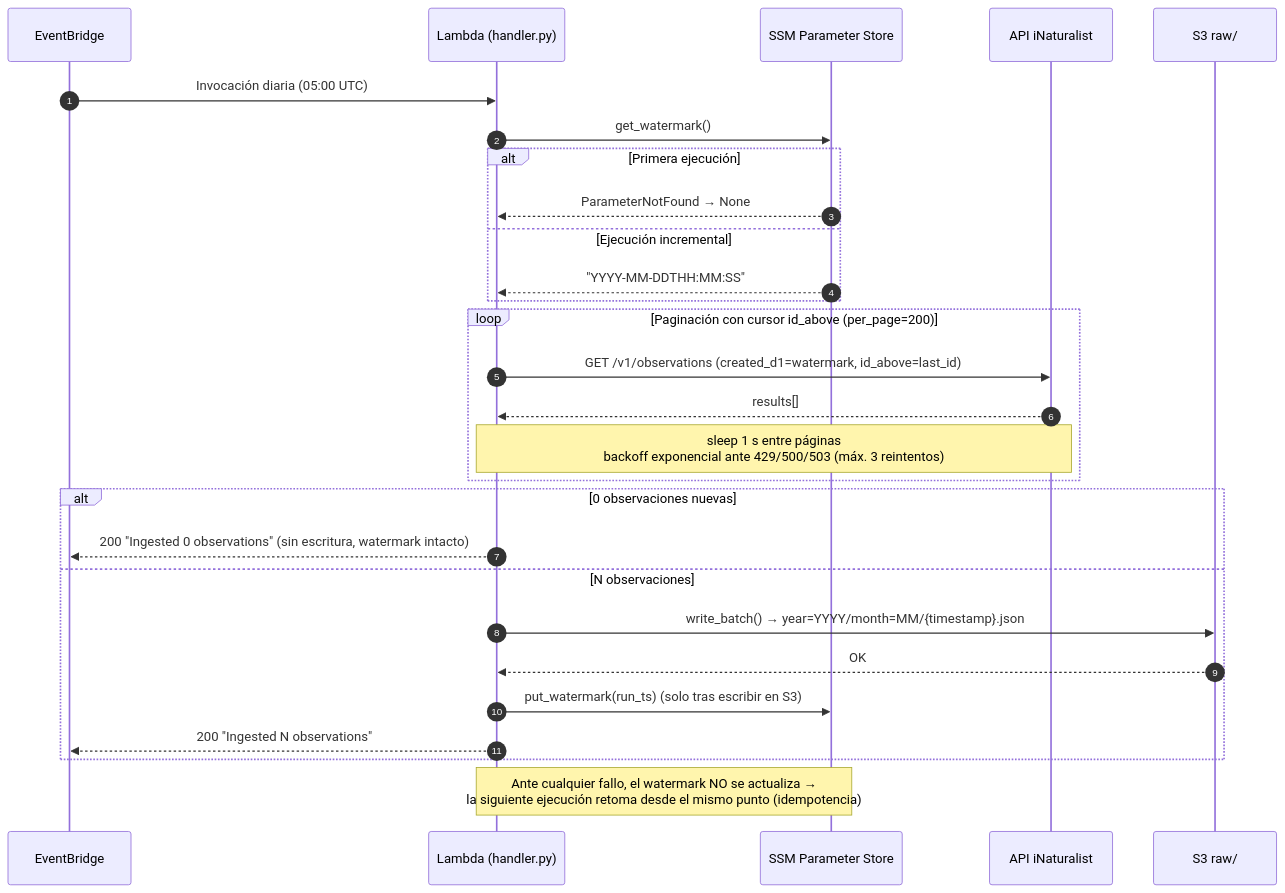
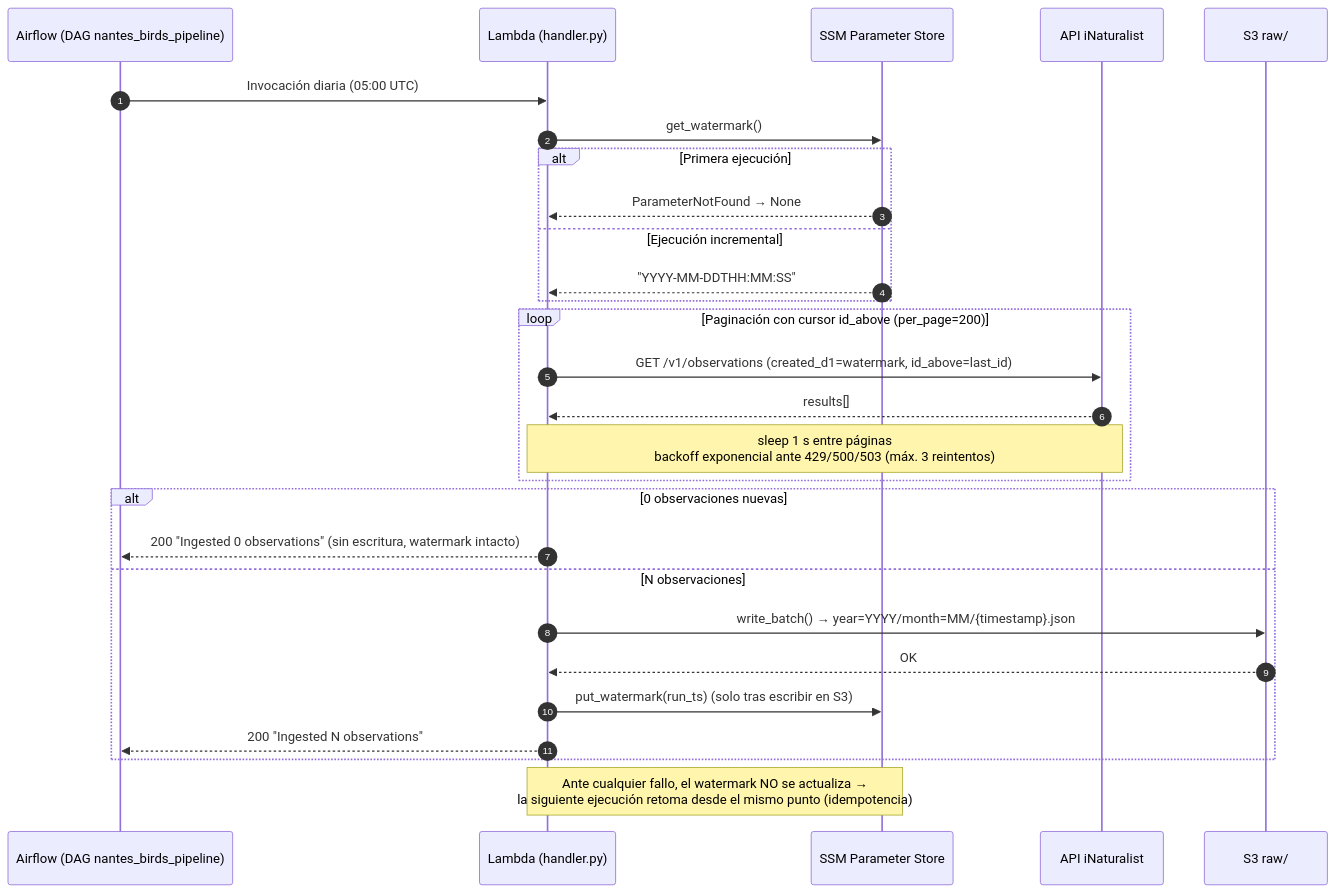
One commit to javiladino/oiseaux_nantes changed the second of 6 diagrams in docs/architecture.md. Above: the diagram before and after it, drawn with Mermaid. The commit also changed other lines of this file and 35 other files, not shown here.

First line of the commit message:
Orquestación del pipeline con Apache Airflow (feature 002) (#1)

````diff
--- a/docs/architecture.md
+++ b/docs/architecture.md
@@ -75,34 +85,34 @@
 ```mermaid
 sequenceDiagram
     autonumber
-    participant EB as EventBridge
+    participant EB as Airflow (DAG nantes_birds_pipeline)
     participant L as Lambda (handler.py)
     participant SSM as SSM Parameter Store
     participant API as API iNaturalist
     participant S3 as S3 raw/
 
     EB->>L: Invocación diaria (05:00 UTC)
     L->>SSM: get_watermark()
     alt Primera ejecución
         SSM-->>L: ParameterNotFound → None
     else Ejecución incremental
         SSM-->>L: "YYYY-MM-DDTHH:MM:SS"
     end
 
     loop Paginación con cursor id_above (per_page=200)
         L->>API: GET /v1/observations (created_d1=watermark, id_above=last_id)
         API-->>L: results[]
         Note over L,API: sleep 1 s entre páginas<br/>backoff exponencial ante 429/500/503 (máx. 3 reintentos)
     end
 
     alt 0 observaciones nuevas
         L-->>EB: 200 "Ingested 0 observations" (sin escritura, watermark intacto)
     else N observaciones
         L->>S3: write_batch() → year=YYYY/month=MM/{timestamp}.json
         S3-->>L: OK
         L->>SSM: put_watermark(run_ts) (solo tras escribir en S3)
         L-->>EB: 200 "Ingested N observations"
     end
 
     Note over L,SSM: Ante cualquier fallo, el watermark NO se actualiza →<br/>la siguiente ejecución retoma desde el mismo punto (idempotencia)
 ```
````
